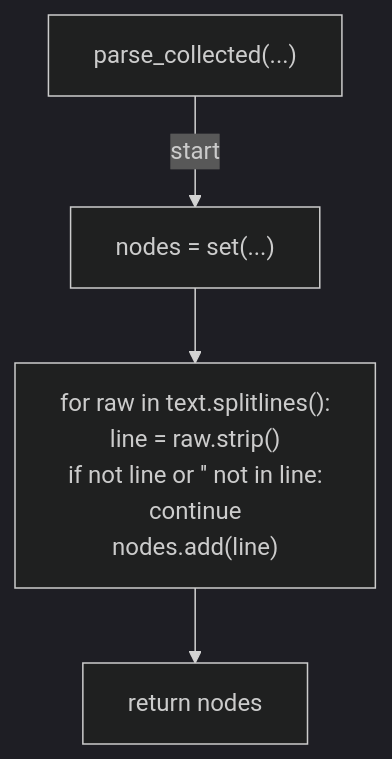
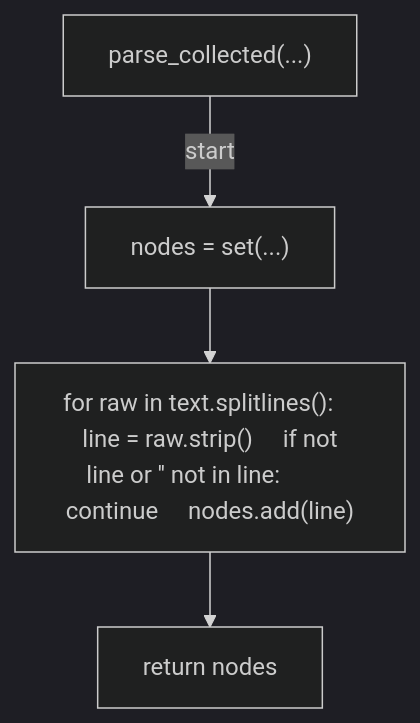
One commit to tvna/claude-md changed the first of 8 diagrams in docs/generated/scripts/ast/verify_shard_coverage.md. Above: the diagram before and after it, drawn with Mermaid (dark theme). The commit also changed other lines of this file and 15 other files, not shown here.

First line of the commit message:
docs(generated): regenerate decision tree and workflow diagrams (batch 5/5)

````diff
--- a/docs/generated/scripts/ast/verify_shard_coverage.md
+++ b/docs/generated/scripts/ast/verify_shard_coverage.md
@@ -7,14 +7,10 @@
 ```mermaid
 flowchart TD
     N001["parse_collected(...)"]
     N002["nodes = set(...)"]
-    N003["for raw in text.splitlines():
-    line = raw.strip()
-    if not line or '<str>' not in line:
-        continue
-    nodes.add(line)"]
+    N003["for raw in text.splitlines():     line = raw.strip()     if not line or '<str>' not in line:         continue     nodes.add(line)"]
     N004["return nodes"]
     N001 -->|"start"| N002
     N002 --> N003
     N003 --> N004
 ```
````
